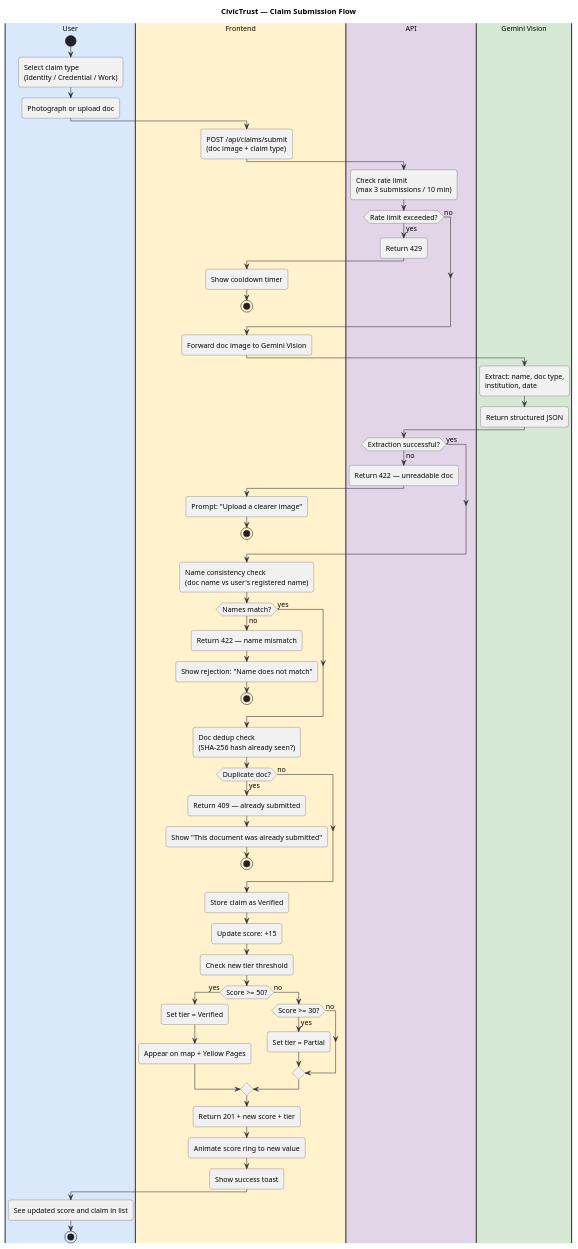
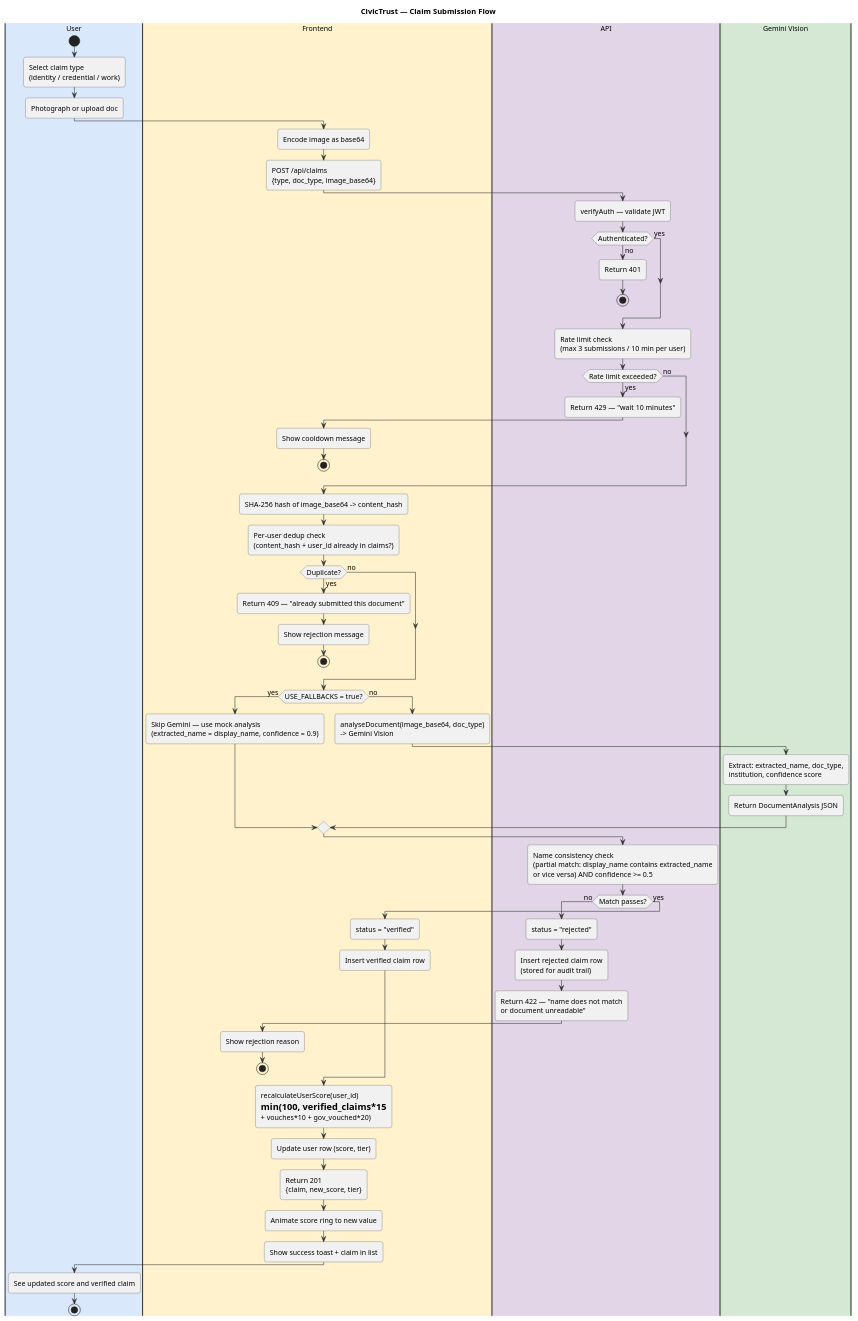
Before and after one commit to RayyanAbzal/google-hackathon-2026: the diagram in docs/claim-submit.puml, drawn with PlantUML. The commit also changed 8 other files, not shown here.

```diff
--- a/docs/claim-submit.puml
+++ b/docs/claim-submit.puml
@@ -1,84 +1,83 @@
 @startuml
 skinparam backgroundColor #ffffff
 skinparam defaultFontSize 13
 skinparam roundcorner 8
 skinparam activityBorderColor #444444
 skinparam activityArrowColor #333333
 
 title CivicTrust — Claim Submission Flow
 
 |#dae8fc|User|
 start
-:Select claim type\n(Identity / Credential / Work);
+:Select claim type\n(identity / credential / work);
 :Photograph or upload doc;
 
 |#fff2cc|Frontend|
-:POST /api/claims/submit\n(doc image + claim type);
+:Encode image as base64;
+:POST /api/claims\n{type, doc_type, image_base64};
 
 |#e1d5e7|API|
-:Check rate limit\n(max 3 submissions / 10 min);
+:verifyAuth — validate JWT;
+if (Authenticated?) then (no)
+  :Return 401;
+  stop
+else (yes)
+endif
+
+:Rate limit check\n(max 3 submissions / 10 min per user);
 if (Rate limit exceeded?) then (yes)
-  :Return 429;
+  :Return 429 — "wait 10 minutes";
   |#fff2cc|Frontend|
-  :Show cooldown timer;
+  :Show cooldown message;
   stop
 else (no)
 endif
 
-:Forward doc image to Gemini Vision;
-
-|#d5e8d4|Gemini Vision|
-:Extract: name, doc type,\ninstitution, date;
-:Return structured JSON;
-
-|#e1d5e7|API|
-if (Extraction successful?) then (no)
-  :Return 422 — unreadable doc;
+:SHA-256 hash of image_base64 -> content_hash;
+:Per-user dedup check\n(content_hash + user_id already in claims?);
+if (Duplicate?) then (yes)
+  :Return 409 — "already submitted this document";
   |#fff2cc|Frontend|
-  :Prompt: "Upload a clearer image";
-  stop
-else (yes)
-endif
-
-:Name consistency check\n(doc name vs user's registered name);
-if (Names match?) then (no)
-  :Return 422 — name mismatch;
-  |#fff2cc|Frontend|
-  :Show rejection: "Name does not match";
-  stop
-else (yes)
-endif
-
-:Doc dedup check\n(SHA-256 hash already seen?);
-if (Duplicate doc?) then (yes)
-  :Return 409 — already submitted;
-  |#fff2cc|Frontend|
-  :Show "This document was already submitted";
+  :Show rejection message;
   stop
 else (no)
 endif
 
-:Store claim as Verified;
-:Update score: +15;
-:Check new tier threshold;
-if (Score >= 50?) then (yes)
-  :Set tier = Verified;
-  :Appear on map + Yellow Pages;
+if (USE_FALLBACKS = true?) then (yes)
+  :Skip Gemini — use mock analysis\n(extracted_name = display_name, confidence = 0.9);
 else (no)
-  if (Score >= 30?) then (yes)
-    :Set tier = Partial;
-  else (no)
-  endif
+  :analyseDocument(image_base64, doc_type)\n-> Gemini Vision;
+
+  |#d5e8d4|Gemini Vision|
+  :Extract: extracted_name, doc_type,\ninstitution, confidence score;
+  :Return DocumentAnalysis JSON;
+
+  |#e1d5e7|API|
 endif
 
-:Return 201 + new score + tier;
+:Name consistency check\n(partial match: display_name contains extracted_name\nor vice versa) AND confidence >= 0.5;
+if (Match passes?) then (no)
+  :status = "rejected";
+  :Insert rejected claim row\n(stored for audit trail);
+  :Return 422 — "name does not match\nor document unreadable";
+  |#fff2cc|Frontend|
+  :Show rejection reason;
+  stop
+else (yes)
+  :status = "verified";
+  :Insert verified claim row;
+endif
+
+:recalculateUserScore(user_id)\n= min(100, verified_claims*15\n+ vouches*10 + gov_vouched*20);
+:Update user row (score, tier);
+:Return 201\n{claim, new_score, tier};
 
 |#fff2cc|Frontend|
 :Animate score ring to new value;
-:Show success toast;
+:Show success toast + claim in list;
 
 |#dae8fc|User|
-:See updated score and claim in list;
+:See updated score and verified claim;
 
 stop
 @enduml
```
